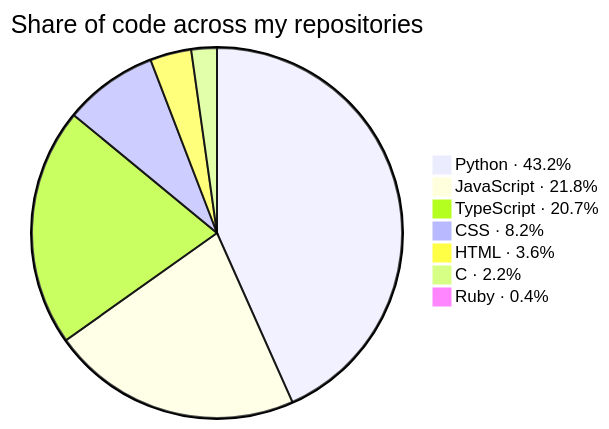
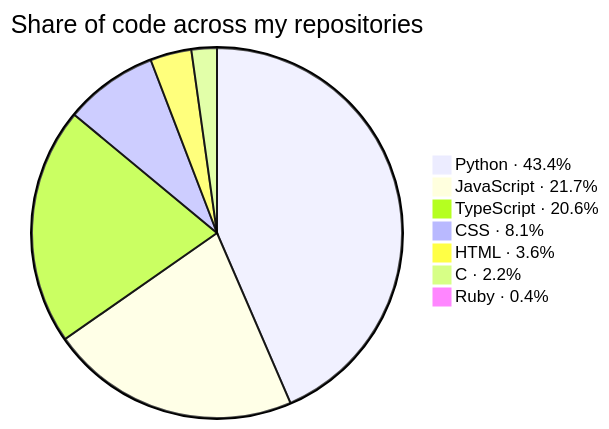
Before and after one commit to KathFK1234/KathFK1234: the second of 3 diagrams in README.md, drawn with Mermaid. The commit also changed other lines of this file and 5 other files, not shown here.

````diff
--- a/README.md
+++ b/README.md
@@ -109,11 +109,11 @@
 ```mermaid
 %%{init: {"themeVariables": {"pieSectionTextSize": "0px"}}}%%
 pie title Share of code across my repositories
-    "Python · 43.2%" : 1217.3
-    "JavaScript · 21.8%" : 613.9
-    "TypeScript · 20.7%" : 584.2
-    "CSS · 8.2%" : 230.5
-    "HTML · 3.6%" : 101.2
+    "Python · 43.4%" : 1229.2
+    "JavaScript · 21.7%" : 615.7
+    "TypeScript · 20.6%" : 585.4
+    "CSS · 8.1%" : 230.5
+    "HTML · 3.6%" : 101.8
     "C · 2.2%" : 62.7
     "Ruby · 0.4%" : 10.1
 ```
````
